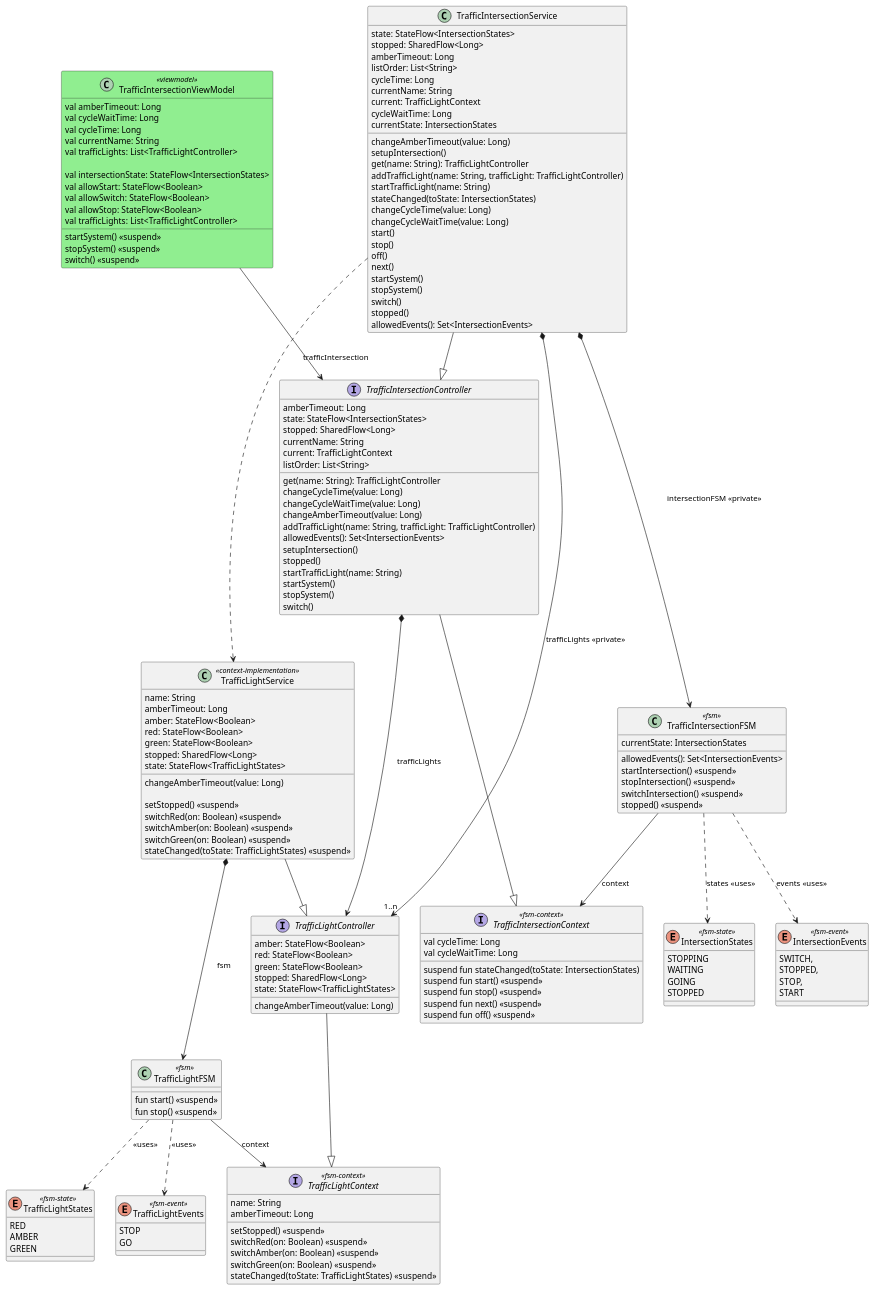
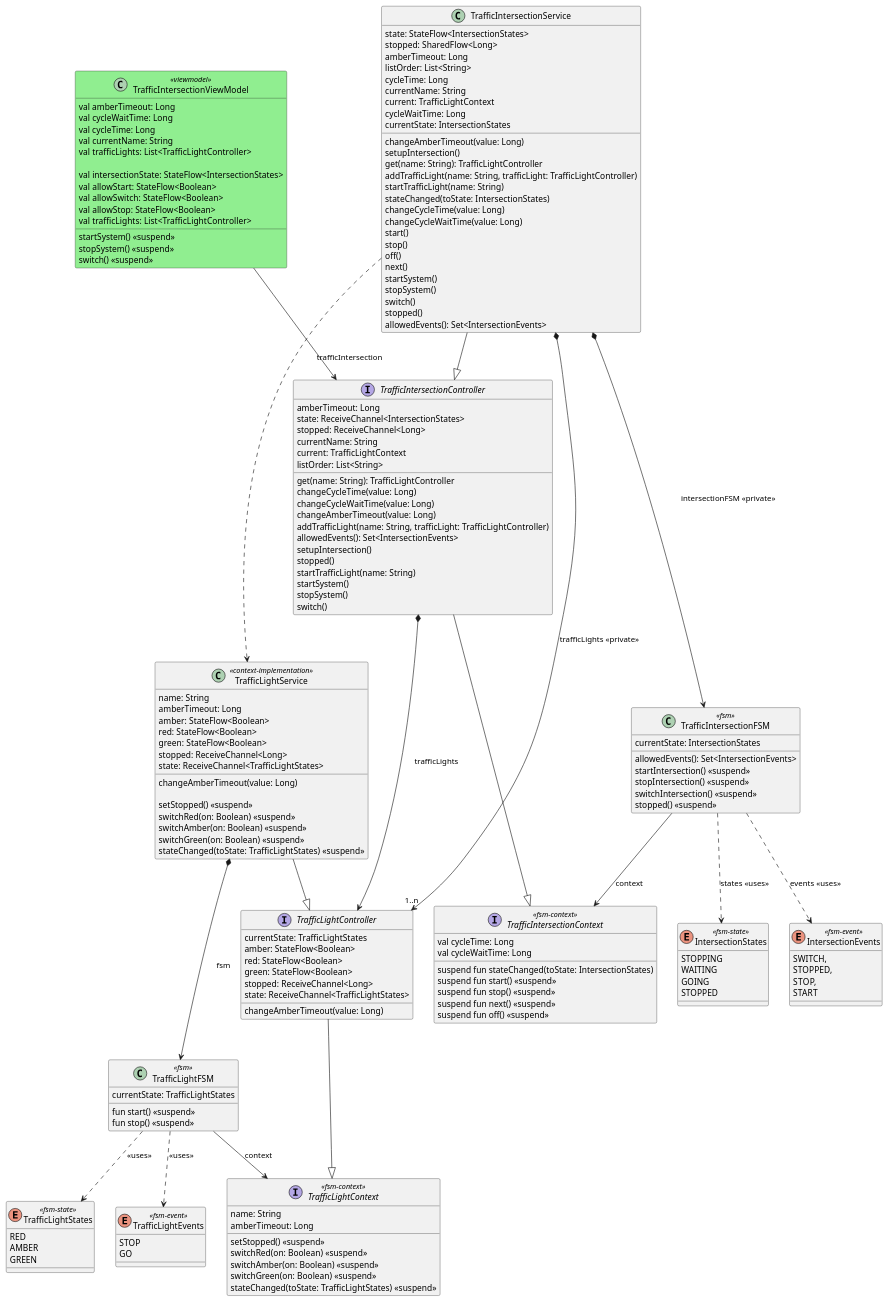
One commit to open-jumpco/kfsm-mpp-compose-traffic changed the diagram in models/traffic-intersection-complete.puml. Above: the diagram before and after it, drawn with PlantUML. The commit also changed 4 other files, not shown here.

```diff
--- a/models/traffic-intersection-complete.puml
+++ b/models/traffic-intersection-complete.puml
@@ -1,178 +1,180 @@
 @startuml
 
 enum TrafficLightStates <<fsm-state>> {
     RED
     AMBER
     GREEN
 }
 
 enum TrafficLightEvents <<fsm-event>> {
     STOP
     GO
 }
 interface TrafficLightContext <<fsm-context>> {
     name: String
     amberTimeout: Long
     setStopped() <<suspend>>
     switchRed(on: Boolean) <<suspend>>
     switchAmber(on: Boolean) <<suspend>>
     switchGreen(on: Boolean) <<suspend>>
     stateChanged(toState: TrafficLightStates) <<suspend>>
 }
 
 interface TrafficLightController {
+    currentState: TrafficLightStates
     amber: StateFlow<Boolean>
     red: StateFlow<Boolean>
     green: StateFlow<Boolean>
-    stopped: SharedFlow<Long>
-    state: StateFlow<TrafficLightStates>
+    stopped: ReceiveChannel<Long>
+    state: ReceiveChannel<TrafficLightStates>
     changeAmberTimeout(value: Long)
 }
 TrafficLightController -|> TrafficLightContext
 
 class TrafficLightFSM <<fsm>> {
+    currentState: TrafficLightStates
     fun start() <<suspend>>
     fun stop() <<suspend>>
 }
 
 TrafficLightFSM ..> TrafficLightStates: <<uses>>
 TrafficLightFSM ..> TrafficLightEvents: <<uses>>
 TrafficLightFSM --> TrafficLightContext: context
 
 class TrafficLightService <<context-implementation>> {
     name: String
     amberTimeout: Long
     amber: StateFlow<Boolean>
     red: StateFlow<Boolean>
     green: StateFlow<Boolean>
-    stopped: SharedFlow<Long>
-    state: StateFlow<TrafficLightStates>
+    stopped: ReceiveChannel<Long>
+    state: ReceiveChannel<TrafficLightStates>
     changeAmberTimeout(value: Long)
 
     setStopped() <<suspend>>
     switchRed(on: Boolean) <<suspend>>
     switchAmber(on: Boolean) <<suspend>>
     switchGreen(on: Boolean) <<suspend>>
     stateChanged(toState: TrafficLightStates) <<suspend>>
 }
 
 TrafficLightService --|> TrafficLightController
 TrafficLightService *---> TrafficLightFSM: fsm
 
 
 enum IntersectionStates <<fsm-state>> {
     STOPPING
     WAITING
     GOING
     STOPPED
 }
 
 enum IntersectionEvents <<fsm-event>> {
     SWITCH,
     STOPPED,
     STOP,
     START
 }
 
 interface TrafficIntersectionContext <<fsm-context>> {
     val cycleTime: Long
     val cycleWaitTime: Long
     suspend fun stateChanged(toState: IntersectionStates)
     suspend fun start() <<suspend>>
     suspend fun stop() <<suspend>>
     suspend fun next() <<suspend>>
     suspend fun off() <<suspend>>
 }
 
 class TrafficIntersectionFSM <<fsm>> {
     currentState: IntersectionStates
     allowedEvents(): Set<IntersectionEvents>
     startIntersection() <<suspend>>
     stopIntersection() <<suspend>>
     switchIntersection() <<suspend>>
     stopped() <<suspend>>
 }
 
 TrafficIntersectionFSM --> TrafficIntersectionContext: context
 TrafficIntersectionFSM ..> IntersectionEvents: events <<uses>>
 TrafficIntersectionFSM ..> IntersectionStates: states <<uses>>
 
 interface TrafficIntersectionController {
     amberTimeout: Long
-    state: StateFlow<IntersectionStates>
-    stopped: SharedFlow<Long>
+    state: ReceiveChannel<IntersectionStates>
+    stopped: ReceiveChannel<Long>
     currentName: String
     current: TrafficLightContext
     listOrder: List<String>
     get(name: String): TrafficLightController
     changeCycleTime(value: Long)
     changeCycleWaitTime(value: Long)
     changeAmberTimeout(value: Long)
     addTrafficLight(name: String, trafficLight: TrafficLightController)
     allowedEvents(): Set<IntersectionEvents>
     setupIntersection()
     stopped()
     startTrafficLight(name: String)
     startSystem()
     stopSystem()
     switch()
 }
 
 TrafficIntersectionController --|> TrafficIntersectionContext
 TrafficIntersectionController *---> TrafficLightController: trafficLights
 
 class TrafficIntersectionService {
     state: StateFlow<IntersectionStates>
     stopped: SharedFlow<Long>
     amberTimeout: Long
     changeAmberTimeout(value: Long)
     setupIntersection()
     listOrder: List<String>
     cycleTime: Long
         currentName: String
         current: TrafficLightContext
         cycleWaitTime: Long
         currentState: IntersectionStates
     get(name: String): TrafficLightController
     addTrafficLight(name: String, trafficLight: TrafficLightController)
     startTrafficLight(name: String)
     stateChanged(toState: IntersectionStates)
     changeCycleTime(value: Long)
     changeCycleWaitTime(value: Long)
     start()
     stop()
     off()
     next()
     startSystem()
     stopSystem()
     switch()
     stopped()
     allowedEvents(): Set<IntersectionEvents>
 }
 
 TrafficIntersectionService --|> TrafficIntersectionController
 TrafficIntersectionService *---> TrafficIntersectionFSM: intersectionFSM <<private>>
 TrafficIntersectionService *---> "1..n" TrafficLightController: trafficLights <<private>>
 TrafficIntersectionService ...> TrafficLightService
 
 class TrafficIntersectionViewModel <<viewmodel>> #lightgreen {
     val amberTimeout: Long
     val cycleWaitTime: Long
     val cycleTime: Long
     val currentName: String
     val trafficLights: List<TrafficLightController>
 
     val intersectionState: StateFlow<IntersectionStates>
     val allowStart: StateFlow<Boolean>
     val allowSwitch: StateFlow<Boolean>
     val allowStop: StateFlow<Boolean>
     val trafficLights: List<TrafficLightController>
 
     startSystem() <<suspend>>
     stopSystem() <<suspend>>
     switch() <<suspend>>
 }
 
 TrafficIntersectionViewModel --> TrafficIntersectionController: trafficIntersection
 
 @enduml
```
